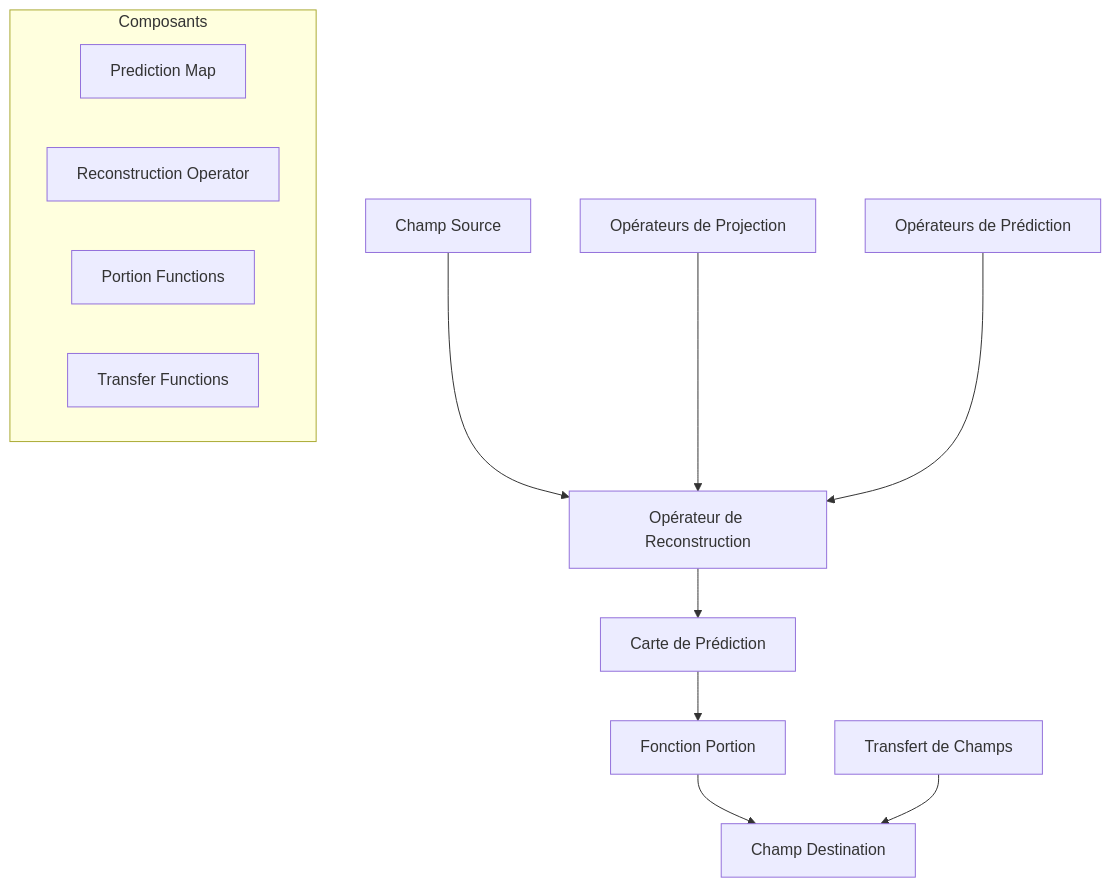
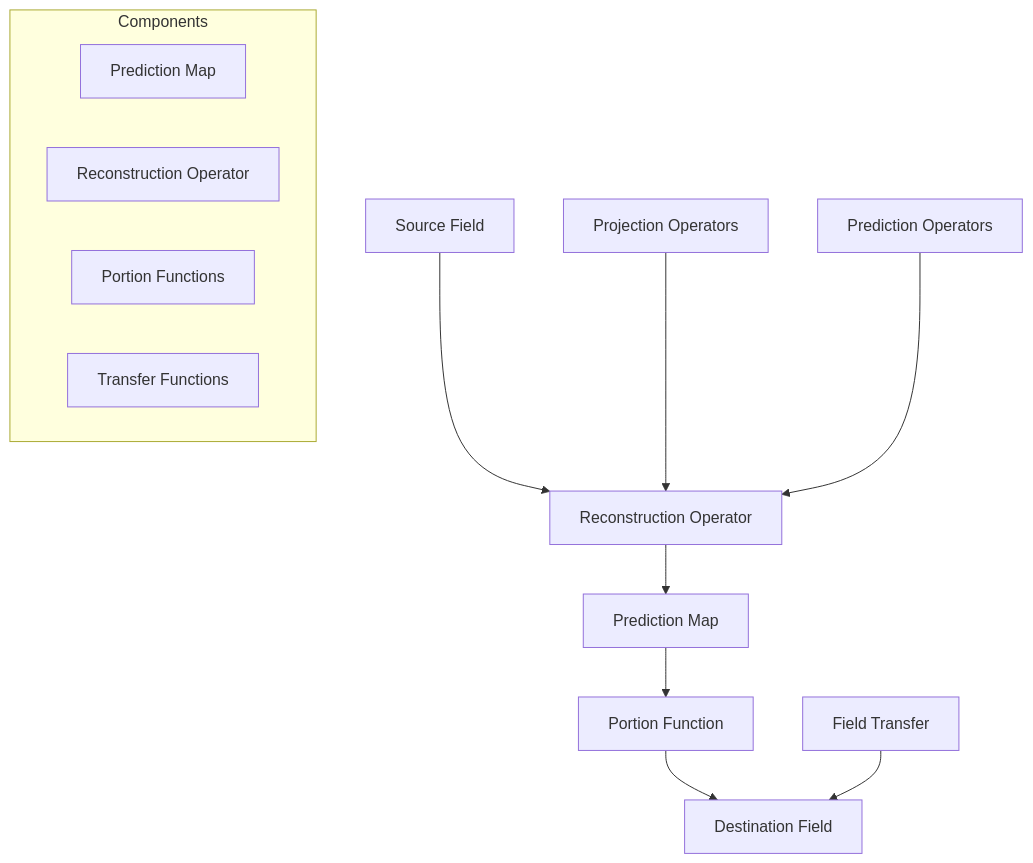
One commit to sbstndb/samurai changed the first of 9 diagrams in docs/reconstruction_system.md. Above: the diagram before and after it, drawn with Mermaid. The commit also changed other lines of this file and 8 other files, not shown here.

````diff
--- a/docs/reconstruction_system.md
+++ b/docs/reconstruction_system.md
@@ -9,18 +9,18 @@
 ```mermaid
 graph TB
-    A[Champ Source] --> B[Opérateur de Reconstruction]
-    B --> C[Carte de Prédiction]
-    C --> D[Fonction Portion]
-    D --> E[Champ Destination]
+    A[Source Field] --> B[Reconstruction Operator]
+    B --> C[Prediction Map]
+    C --> D[Portion Function]
+    D --> E[Destination Field]
     
-    F[Opérateurs de Projection] --> B
-    G[Opérateurs de Prédiction] --> B
-    H[Transfert de Champs] --> E
+    F[Projection Operators] --> B
+    G[Prediction Operators] --> B
+    H[Field Transfer] --> E
     
-    subgraph "Composants"
+    subgraph "Components"
         I[Prediction Map]
         J[Reconstruction Operator]
         K[Portion Functions]
         L[Transfer Functions]
     end
 ```
````
